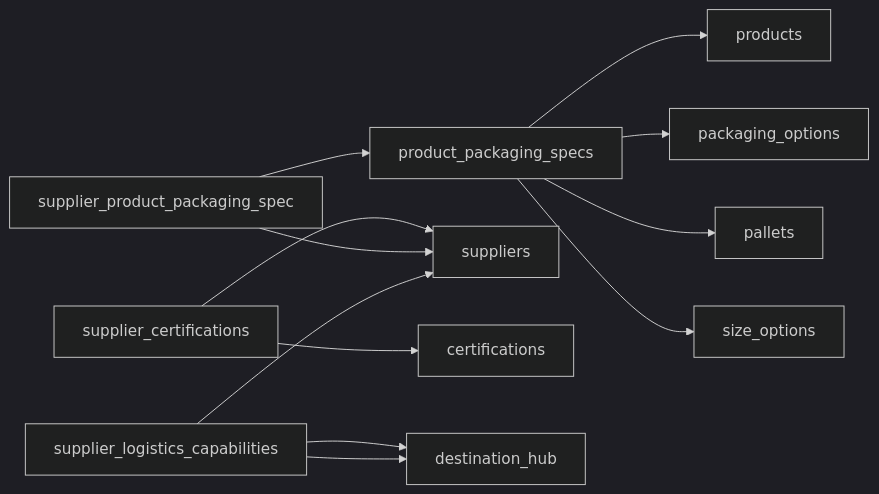
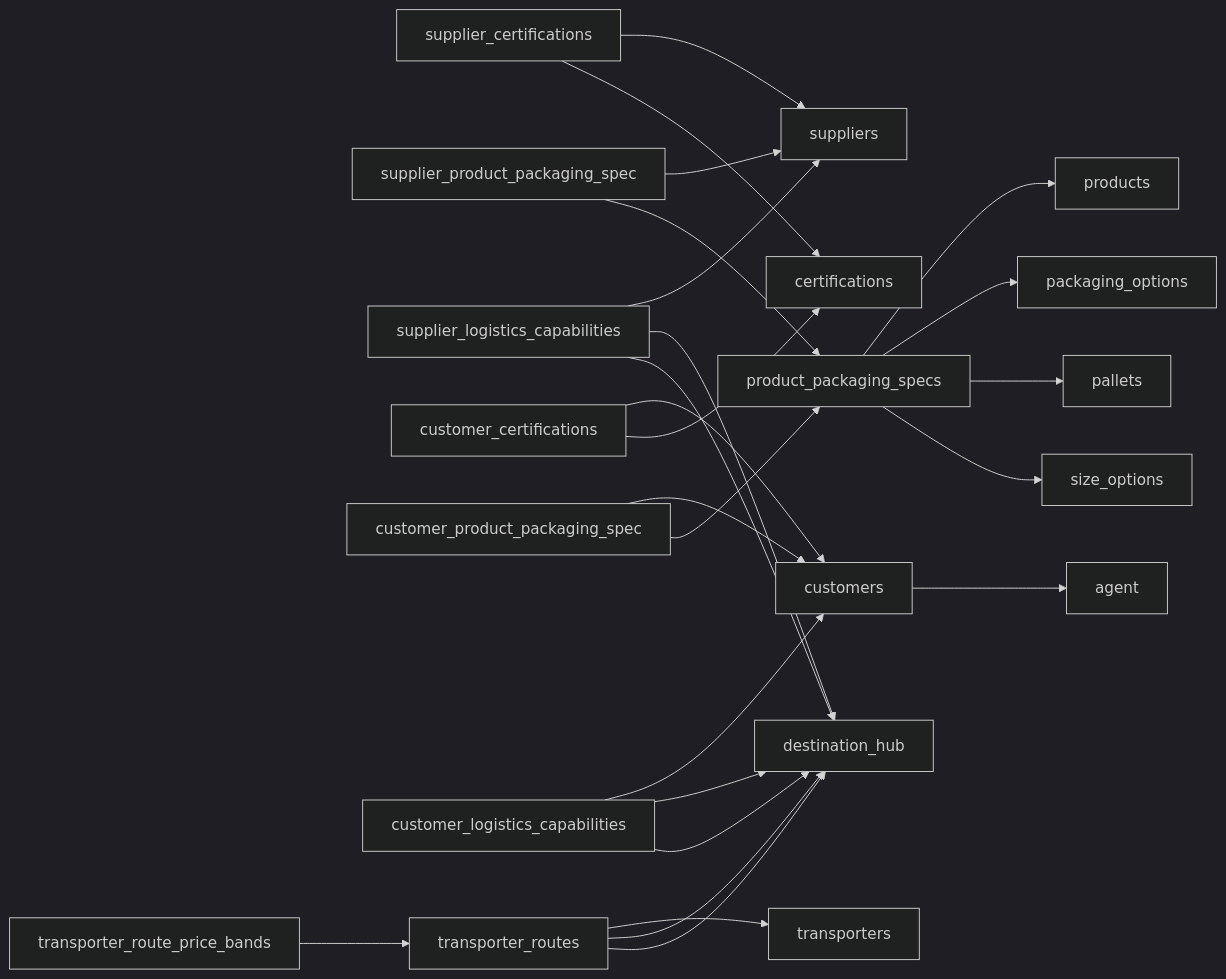
The diagram in database-schema.md (FrenchClementine/fresh-produce-db), drawn with Mermaid (dark theme) before and after one commit. The commit also changed other lines of this file and 788 other files, not shown here.

````diff
--- a/database-schema.md
+++ b/database-schema.md
@@ -321,19 +505,39 @@
 ```mermaid
 graph LR
     %% Product Catalog Relations
     product_packaging_specs --> products
     product_packaging_specs --> packaging_options
     product_packaging_specs --> pallets
     product_packaging_specs --> size_options
     
     %% Supplier Relations
     supplier_certifications --> suppliers
     supplier_certifications --> certifications
     
     supplier_product_packaging_spec --> suppliers
     supplier_product_packaging_spec --> product_packaging_specs
     
     supplier_logistics_capabilities --> suppliers
     supplier_logistics_capabilities --> hubs[origin_hub]
     supplier_logistics_capabilities --> hubs[destination_hub]
+    
+    %% Customer Relations
+    customers --> staff[agent]
+
+    customer_certifications --> customers
+    customer_certifications --> certifications
+
+    customer_product_packaging_spec --> customers
+    customer_product_packaging_spec --> product_packaging_specs
+
+    customer_logistics_capabilities --> customers
+    customer_logistics_capabilities --> hubs[origin_hub]
+    customer_logistics_capabilities --> hubs[destination_hub]
+
+    %% Transporter Relations
+    transporter_routes --> transporters
+    transporter_routes --> hubs[origin_hub]
+    transporter_routes --> hubs[destination_hub]
+
+    transporter_route_price_bands --> transporter_routes
 ```
````
